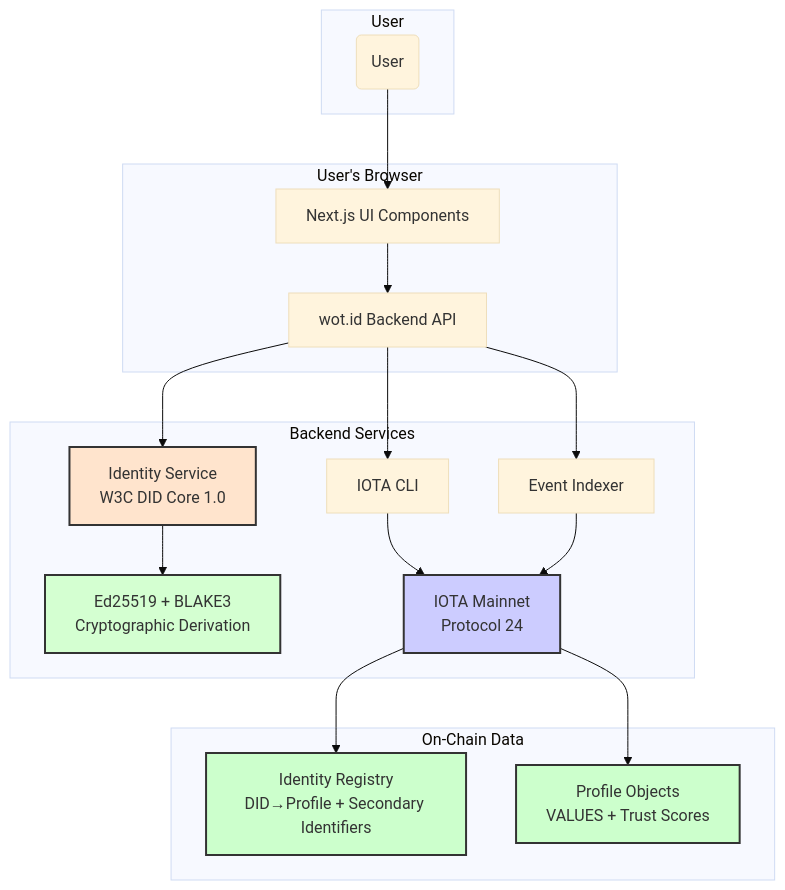
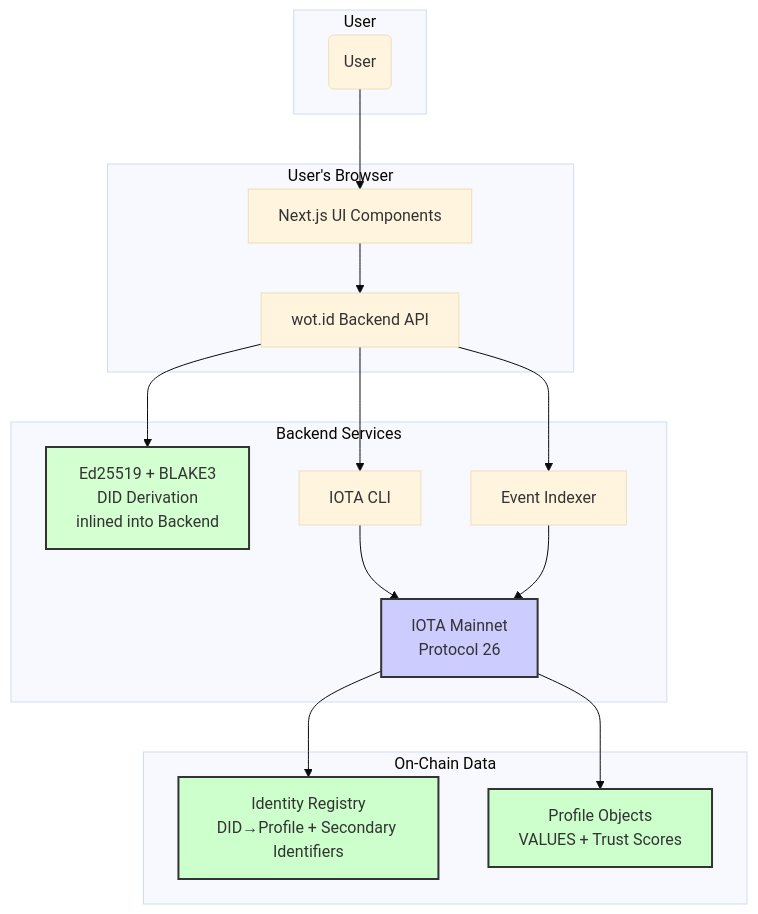
Before and after one commit to theweboftrust/wot.id-public-docs: the first of 3 diagrams in 08_Frontend_And_User_Experience.md, drawn with Mermaid (base theme). The commit also changed other lines of this file and 10 other files, not shown here.

````diff
--- a/08_Frontend_And_User_Experience.md
+++ b/08_Frontend_And_User_Experience.md
@@ -138,30 +141,28 @@
 ```mermaid
 graph TD
     subgraph "User's Browser"
         A[Next.js UI Components] --> D[wot.id Backend API];
     end
 
     subgraph "Backend Services"
-        D --> IDS[Identity Service<br/>W3C DID Core 1.0];
-        IDS --> CRYPTO[Ed25519 + BLAKE3<br/>Cryptographic Derivation];
+        D --> CRYPTO[Ed25519 + BLAKE3<br/>DID Derivation<br/>inlined into Backend];
         D --> CLI[IOTA CLI];
-        CLI --> E[IOTA Mainnet<br/>Protocol 24];
+        CLI --> E[IOTA Mainnet<br/>Protocol 26];
         D --> IDX[Event Indexer];
         IDX --> E;
     end
 
     subgraph "On-Chain Data"
         E --> REG[Identity Registry<br/>DID→Profile + Secondary Identifiers];
         E --> PROF[Profile Objects<br/>VALUES + Trust Scores];
     end
 
     subgraph "User"
         U(User) --> A;
     end
 
     style E fill:#ccf,stroke:#333,stroke-width:2px
     style REG fill:#cfc,stroke:#333,stroke-width:2px
     style PROF fill:#cfc,stroke:#333,stroke-width:2px
-    style IDS fill:#ffe4cd,stroke:#333,stroke-width:2px
     style CRYPTO fill:#d4ffd1,stroke:#333,stroke-width:2px
 ```
````
